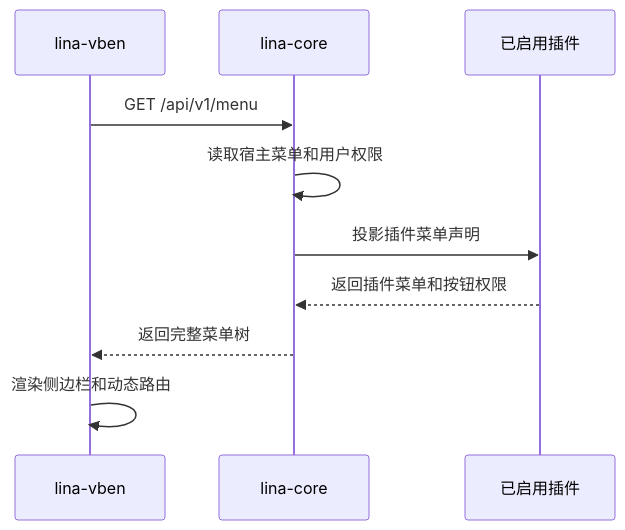
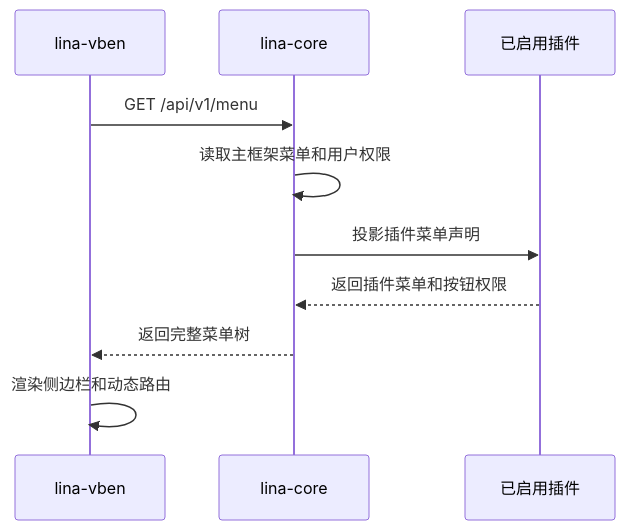
One commit to linaproai/linapro-site changed the second of 2 diagrams in apps/lina-site/docs/docs/2000-components/4000-admin-workspace.md. Above: the diagram before and after it, drawn with Mermaid. The commit also changed other lines of this file and 93 other files, not shown here.

````diff
--- a/apps/lina-site/docs/docs/2000-components/4000-admin-workspace.md
+++ b/apps/lina-site/docs/docs/2000-components/4000-admin-workspace.md
@@ -94,13 +94,13 @@
 ```mermaid
 sequenceDiagram
     participant UI as lina-vben
     participant Core as lina-core
     participant Plugin as 已启用插件
 
     UI->>Core: GET /api/v1/menu
-    Core->>Core: 读取宿主菜单和用户权限
+    Core->>Core: 读取主框架菜单和用户权限
     Core->>Plugin: 投影插件菜单声明
     Plugin-->>Core: 返回插件菜单和按钮权限
     Core-->>UI: 返回完整菜单树
     UI->>UI: 渲染侧边栏和动态路由
 ```
````
